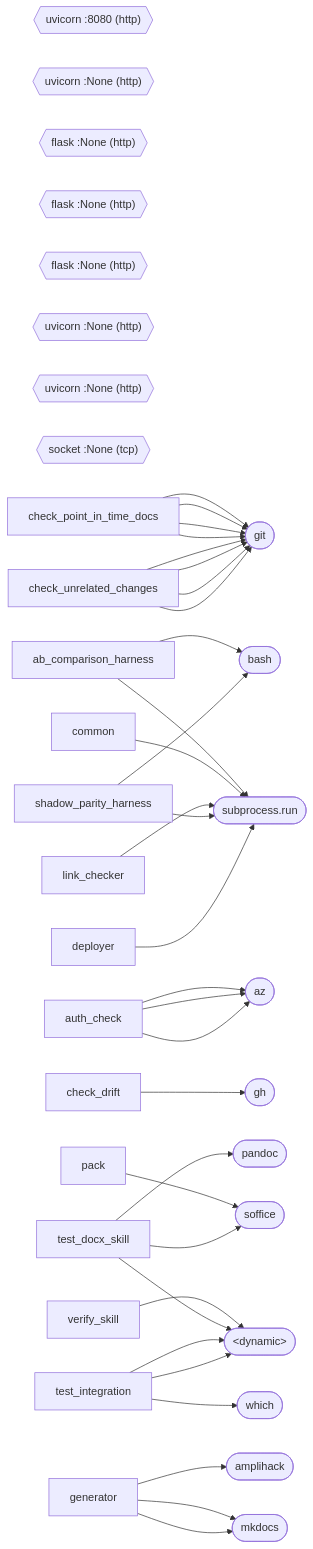
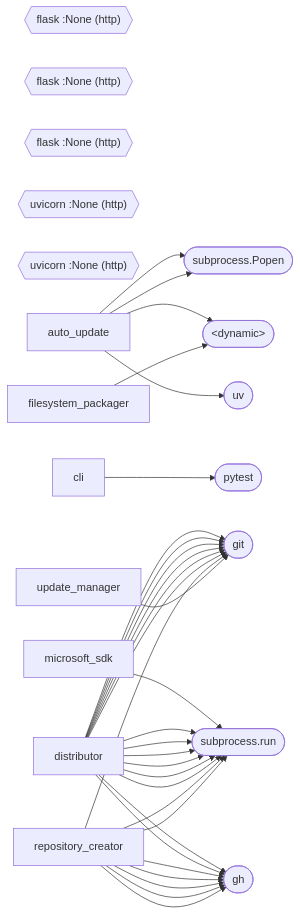
The diagram in docs/atlas/runtime-topology/runtime-topology.mmd (rysweet/amplihack), drawn with Mermaid before and after one commit. The commit also changed 569 other files, not shown here.

```diff
--- a/docs/atlas/runtime-topology/runtime-topology.mmd
+++ b/docs/atlas/runtime-topology/runtime-topology.mmd
@@ -1,64 +1,50 @@
 graph LR
-    S0(["git"])
-    S1(["bash"])
-    S2(["subprocess.run"])
-    S3(["az"])
-    S4(["gh"])
-    S5(["soffice"])
-    S6(["&lt;dynamic&gt;"])
-    S7(["mkdocs"])
-    S8(["amplihack"])
-    S9(["pandoc"])
-    S10(["which"])
-    B0{{"uvicorn :8080 (http)"}}
-    B1{{"uvicorn :None (http)"}}
+    S0(["subprocess.run"])
+    S1(["uv"])
+    S2(["subprocess.Popen"])
+    S3(["&lt;dynamic&gt;"])
+    S4(["pytest"])
+    S5(["gh"])
+    S6(["git"])
+    B0{{"flask :None (http)"}}
+    B1{{"flask :None (http)"}}
     B2{{"flask :None (http)"}}
-    B3{{"flask :None (http)"}}
-    B4{{"flask :None (http)"}}
-    B5{{"uvicorn :None (http)"}}
-    B6{{"uvicorn :None (http)"}}
-    B7{{"socket :None (tcp)"}}
-    FN0["check_point_in_time_docs"]
+    B3{{"uvicorn :None (http)"}}
+    B4{{"uvicorn :None (http)"}}
+    FN0["microsoft_sdk"]
     FN0 --> S0
-    FN0 --> S0
-    FN0 --> S0
-    FN0 --> S0
-    FN1["check_unrelated_changes"]
-    FN1 --> S0
-    FN1 --> S0
-    FN1 --> S0
-    FN1 --> S0
-    FN2["ab_comparison_harness"]
-    FN2 --> S1
-    FN2 --> S2
-    FN3["auth_check"]
-    FN3 --> S3
-    FN3 --> S3
-    FN3 --> S3
-    FN4["common"]
-    FN4 --> S2
-    FN5["link_checker"]
-    FN5 --> S2
-    FN6["shadow_parity_harness"]
-    FN6 --> S1
-    FN6 --> S2
-    FN7["check_drift"]
-    FN7 --> S4
-    FN8["pack"]
-    FN8 --> S5
-    FN9["verify_skill"]
-    FN9 --> S6
-    FN10["deployer"]
-    FN10 --> S2
-    FN11["generator"]
-    FN11 --> S7
-    FN11 --> S7
-    FN11 --> S8
-    FN12["test_docx_skill"]
-    FN12 --> S5
-    FN12 --> S6
-    FN12 --> S9
-    FN13["test_integration"]
-    FN13 --> S10
-    FN13 --> S6
-    FN13 --> S6
+    FN1["auto_update"]
+    FN1 --> S1
+    FN1 --> S2
+    FN1 --> S3
+    FN1 --> S2
+    FN2["cli"]
+    FN2 --> S4
+    FN3["distributor"]
+    FN3 --> S5
+    FN3 --> S0
+    FN3 --> S0
+    FN3 --> S5
+    FN3 --> S0
+    FN3 --> S6
+    FN3 --> S6
+    FN3 --> S6
+    FN3 --> S6
+    FN3 --> S0
+    FN3 --> S0
+    FN3 --> S0
+    FN3 --> S6
+    FN3 --> S6
+    FN4["filesystem_packager"]
+    FN4 --> S3
+    FN5["repository_creator"]
+    FN5 --> S5
+    FN5 --> S5
+    FN5 --> S0
+    FN5 --> S0
+    FN5 --> S5
+    FN5 --> S5
+    FN5 --> S6
+    FN5 --> S5
+    FN6["update_manager"]
+    FN6 --> S6
```
